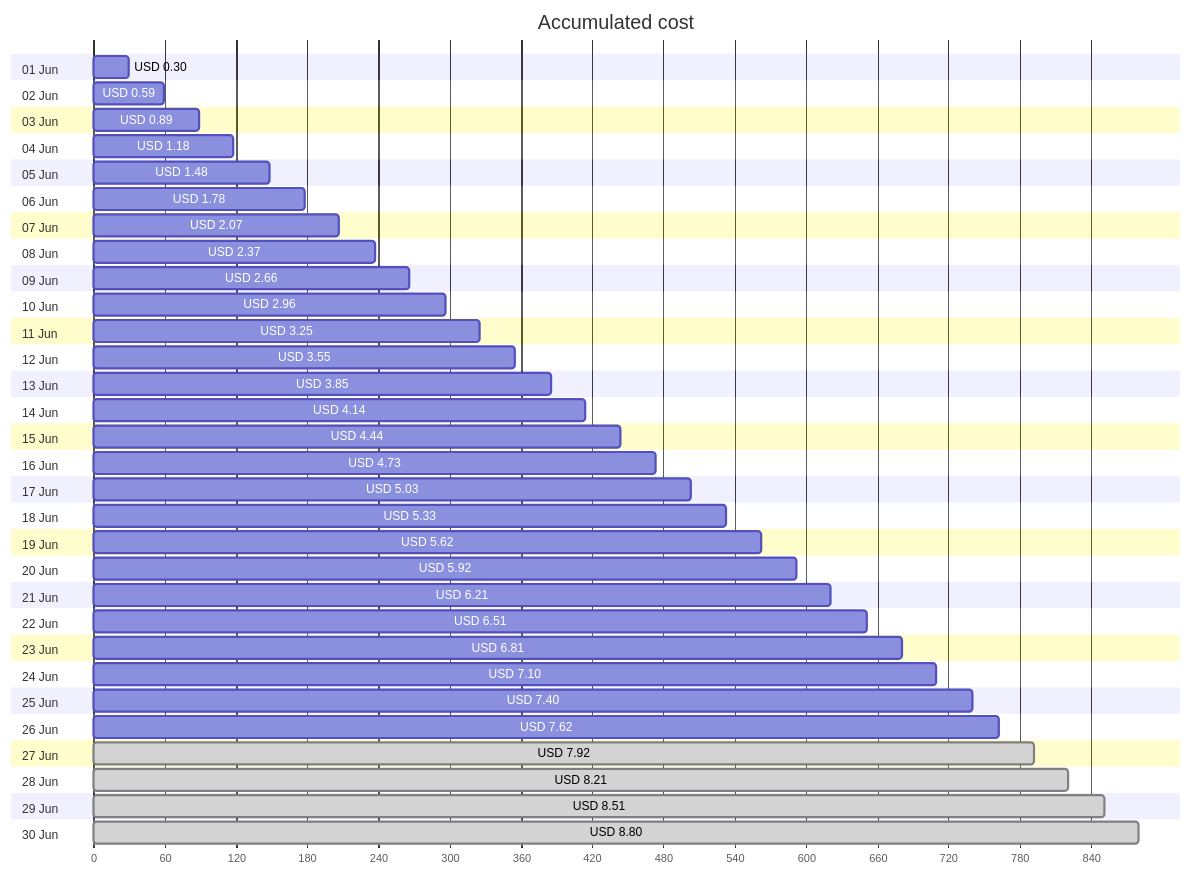
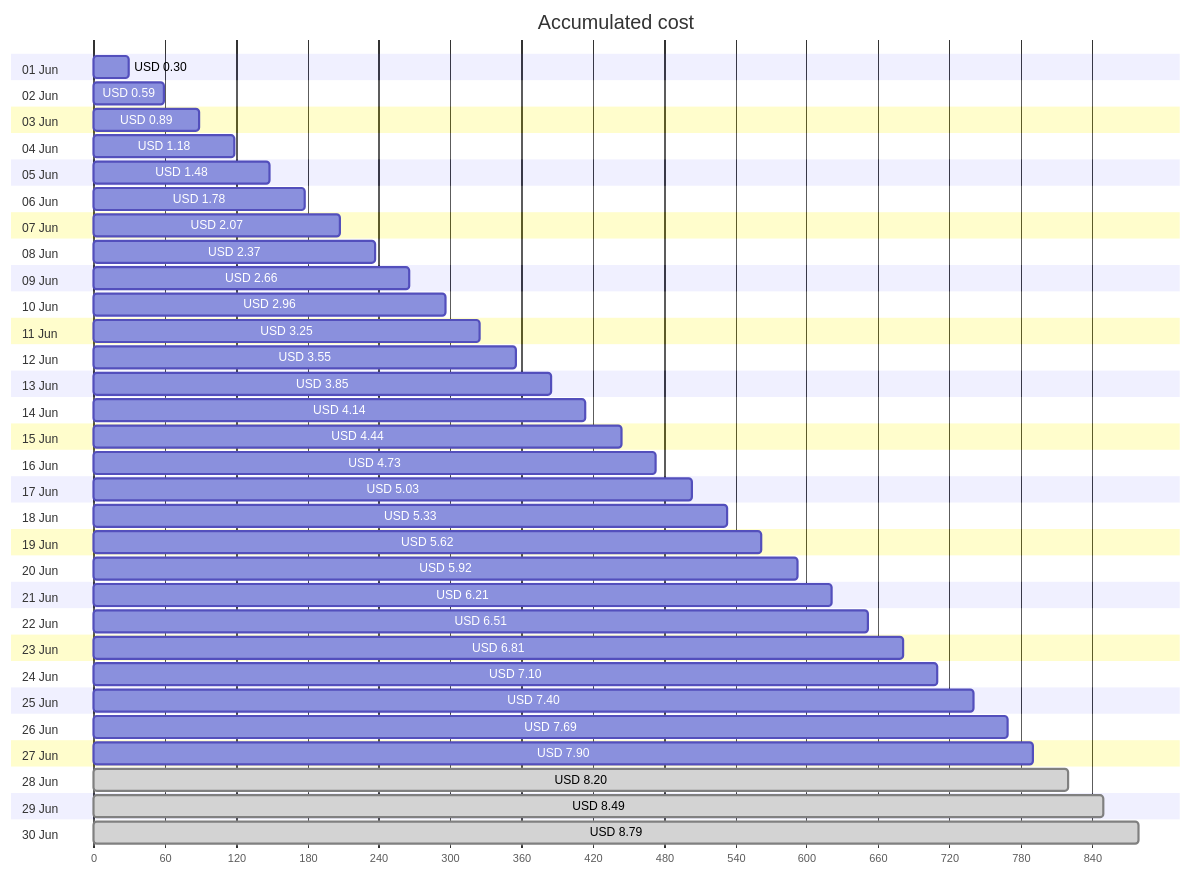
One commit to jpfulton/azure-personal-reports changed the first of 4 diagrams in cost-reports/personal-site/personal-site-preview.md. Above: the diagram before and after it, drawn with Mermaid. The commit also changed other lines of this file and 6 other files, not shown here.

````diff
--- a/cost-reports/personal-site/personal-site-preview.md
+++ b/cost-reports/personal-site/personal-site-preview.md
@@ -20,66 +20,66 @@
 ```mermaid
 gantt
    title Accumulated cost
    dateFormat  X
    axisFormat %s
    section 01 Jun
    USD 0.30 :0, 30
    section 02 Jun
    USD 0.59 :0, 59
    section 03 Jun
    USD 0.89 :0, 89
    section 04 Jun
    USD 1.18 :0, 118
    section 05 Jun
    USD 1.48 :0, 148
    section 06 Jun
    USD 1.78 :0, 178
    section 07 Jun
    USD 2.07 :0, 207
    section 08 Jun
    USD 2.37 :0, 237
    section 09 Jun
    USD 2.66 :0, 266
    section 10 Jun
    USD 2.96 :0, 296
    section 11 Jun
    USD 3.25 :0, 325
    section 12 Jun
    USD 3.55 :0, 355
    section 13 Jun
    USD 3.85 :0, 385
    section 14 Jun
    USD 4.14 :0, 414
    section 15 Jun
    USD 4.44 :0, 444
    section 16 Jun
    USD 4.73 :0, 473
    section 17 Jun
    USD 5.03 :0, 503
    section 18 Jun
    USD 5.33 :0, 533
    section 19 Jun
    USD 5.62 :0, 562
    section 20 Jun
    USD 5.92 :0, 592
    section 21 Jun
    USD 6.21 :0, 621
    section 22 Jun
    USD 6.51 :0, 651
    section 23 Jun
    USD 6.81 :0, 681
    section 24 Jun
    USD 7.10 :0, 710
    section 25 Jun
    USD 7.40 :0, 740
    section 26 Jun
-   USD 7.62 :0, 762
+   USD 7.69 :0, 769
    section 27 Jun
-   USD 7.92 : done, 0, 792
+   USD 7.90 :0, 790
    section 28 Jun
-   USD 8.21 : done, 0, 821
+   USD 8.20 : done, 0, 820
    section 29 Jun
-   USD 8.51 : done, 0, 851
+   USD 8.49 : done, 0, 849
    section 30 Jun
-   USD 8.80 : done, 0, 880
+   USD 8.79 : done, 0, 879
 ```
````
